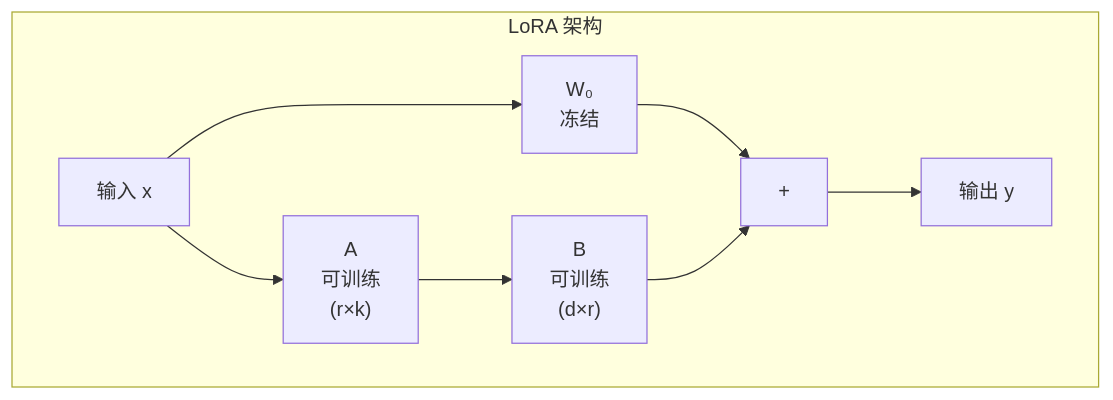
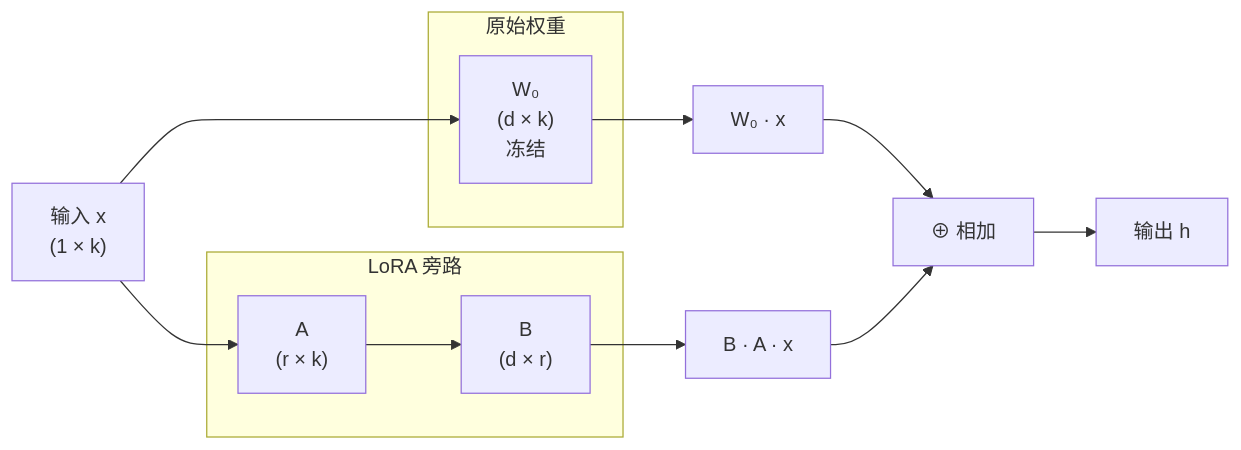
Before and after one commit to fenixsoft/dmla: the second of 2 diagrams in docs/language-models/pretraining/supervised-finetuning.md, drawn with Mermaid. The commit also changed other lines of this file and 123 other files, not shown here.

````diff
--- a/docs/language-models/pretraining/supervised-finetuning.md
+++ b/docs/language-models/pretraining/supervised-finetuning.md
@@ -743,11 +417,18 @@
 ```mermaid
-graph TB
-    subgraph LoRA 架构
-        X["输入 x"] --> W0["W₀<br/>冻结"]
-        X --> A["A<br/>可训练<br/>(r×k)"]
-        W0 --> ADD["+"]
-        A --> B["B<br/>可训练<br/>(d×r)"]
-        B --> ADD
-        ADD --> Y["输出 y"]
+graph LR
+    subgraph 原始权重
+        W["W₀<br/>(d × k)<br/>冻结"]
     end
+
+    subgraph LoRA 旁路
+        A["A<br/>(r × k)"] --> B["B<br/>(d × r)"]
+    end
+
+    X["输入 x<br/>(1 × k)"] --> W
+    X --> A
+    W --> Y1["W₀ · x"]
+    B --> Y2["B · A · x"]
+    Y1 --> Add["⊕ 相加"]
+    Y2 --> Add
+    Add --> Out["输出 h"]
 ```
````
